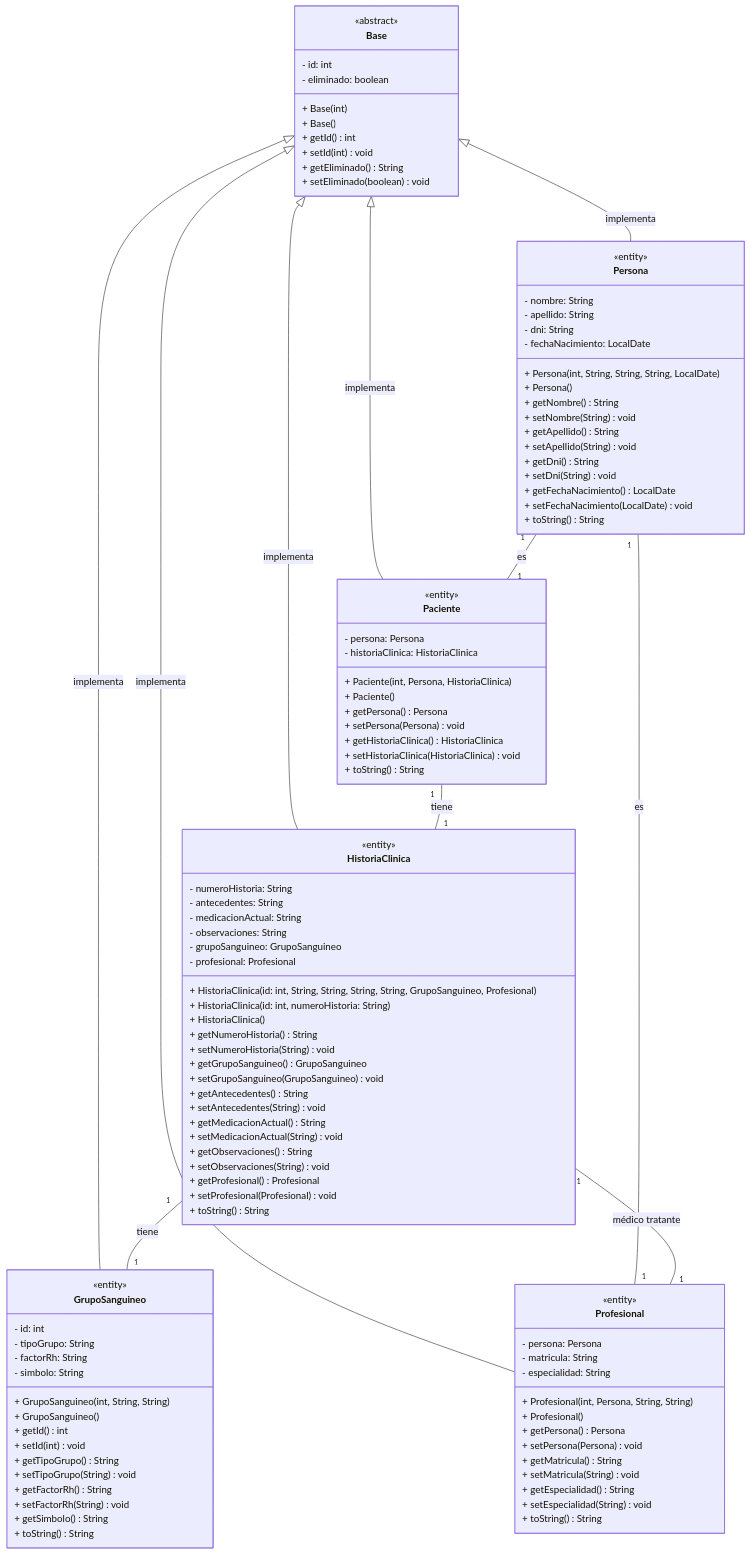
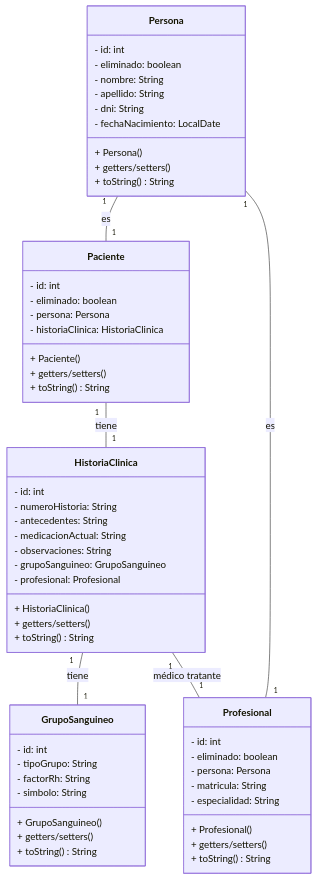
Before and after one commit to Gerolupo12/paciente-historia-cliente: the first of 2 diagrams in README.md, drawn with Mermaid.

````diff
--- a/README.md
+++ b/README.md
@@ -66,84 +66,49 @@
 ```mermaid
 classDiagram
     direction TB
-    class Base {
+    class Persona {
         - id: int
         - eliminado: boolean
-        + Base(int)
-        + Base()
-        + getId() int
-        + setId(int) void
-        + getEliminado() String
-        + setEliminado(boolean) void
-    }
-
-    class Persona {
         - nombre: String
         - apellido: String
         - dni: String
         - fechaNacimiento: LocalDate
-        + Persona(int, String, String, String, LocalDate)
         + Persona()
-        + getNombre() String
-        + setNombre(String) void
-        + getApellido() String
-        + setApellido(String) void
-        + getDni() String
-        + setDni(String) void
-        + getFechaNacimiento() LocalDate
-        + setFechaNacimiento(LocalDate) void
+        + getters/setters()
         + toString() String
     }
 
     class Paciente {
+        - id: int
+        - eliminado: boolean
         - persona: Persona
         - historiaClinica: HistoriaClinica
-        + Paciente(int, Persona, HistoriaClinica)
         + Paciente()
-        + getPersona() Persona
-        + setPersona(Persona) void
-        + getHistoriaClinica() HistoriaClinica
-        + setHistoriaClinica(HistoriaClinica) void
+        + getters/setters()
         + toString() String
     }
 
     class Profesional {
+        - id: int
+        - eliminado: boolean
         - persona: Persona
         - matricula: String
         - especialidad: String
-        + Profesional(int, Persona, String, String)
         + Profesional()
-        + getPersona() Persona
-        + setPersona(Persona) void
-        + getMatricula() String
-        + setMatricula(String) void
-        + getEspecialidad() String
-        + setEspecialidad(String) void
+        + getters/setters()
         + toString() String
     }
 
     class HistoriaClinica {
+        - id: int
         - numeroHistoria: String
         - antecedentes: String
         - medicacionActual: String
         - observaciones: String
         - grupoSanguineo: GrupoSanguineo
         - profesional: Profesional
-        + HistoriaClinica(id: int, String, String, String, String, GrupoSanguineo, Profesional)
-        + HistoriaClinica(id: int, numeroHistoria: String)
         + HistoriaClinica()
-        + getNumeroHistoria() String
-        + setNumeroHistoria(String) void
-        + getGrupoSanguineo() GrupoSanguineo
-        + setGrupoSanguineo(GrupoSanguineo) void
-        + getAntecedentes() String
-        + setAntecedentes(String) void
-        + getMedicacionActual() String
-        + setMedicacionActual(String) void
-        + getObservaciones() String
-        + setObservaciones(String) void
-        + getProfesional() Profesional
-        + setProfesional(Profesional) void
+        + getters/setters()
         + toString() String
     }
 
@@ -152,31 +117,11 @@
         - tipoGrupo: String
         - factorRh: String
         - simbolo: String
-        + GrupoSanguineo(int, String, String)
         + GrupoSanguineo()
-        + getId() int
-        + setId(int) void
-        + getTipoGrupo() String
-        + setTipoGrupo(String) void
-        + getFactorRh() String
-        + setFactorRh(String) void
-        + getSimbolo() String
+        + getters/setters()
         + toString() String
     }
 
-    <<abstract>> Base
-    <<entity>> Persona
-    <<entity>> Paciente
-    <<entity>> Profesional
-    <<entity>> HistoriaClinica
-    <<entity>> GrupoSanguineo
-
-    Base <|-- Persona : implementa
-    Base <|-- Paciente : implementa
-    Base <|-- Profesional : implementa
-    Base <|-- HistoriaClinica : implementa
-    Base <|-- GrupoSanguineo : implementa
-    
     Persona "1" -- "1" Paciente : es
     Persona "1" -- "1" Profesional : es
     Paciente "1" -- "1" HistoriaClinica : tiene
````
